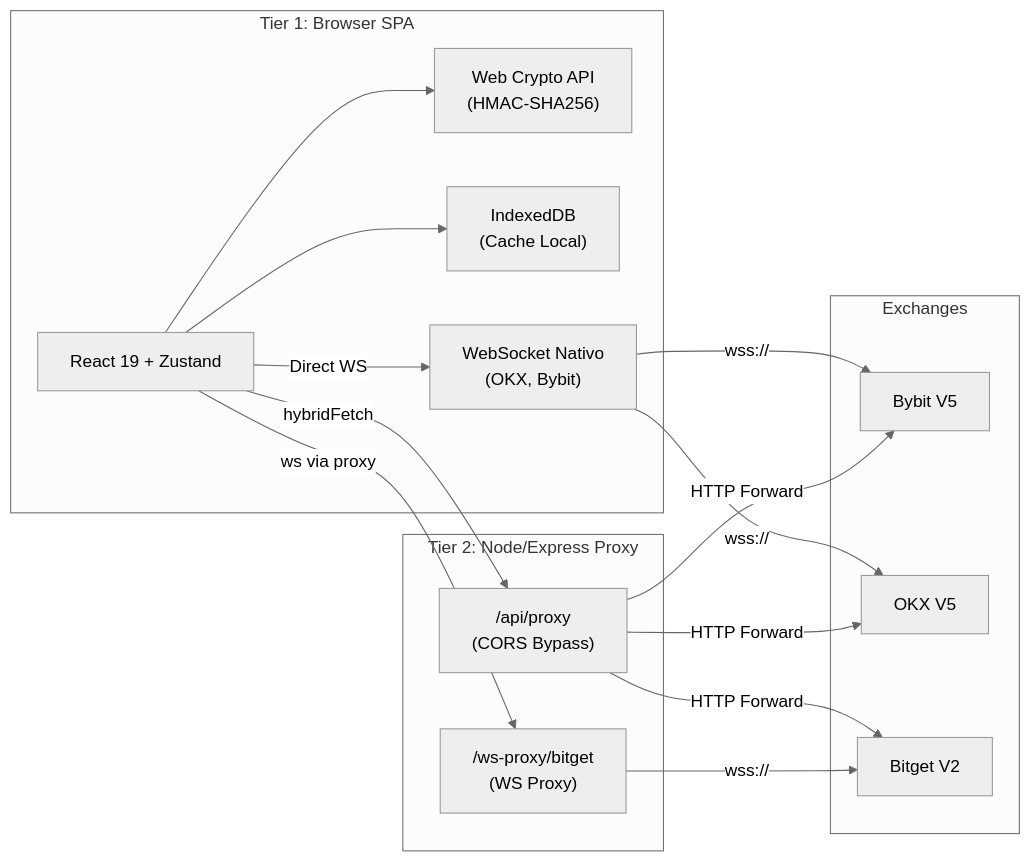
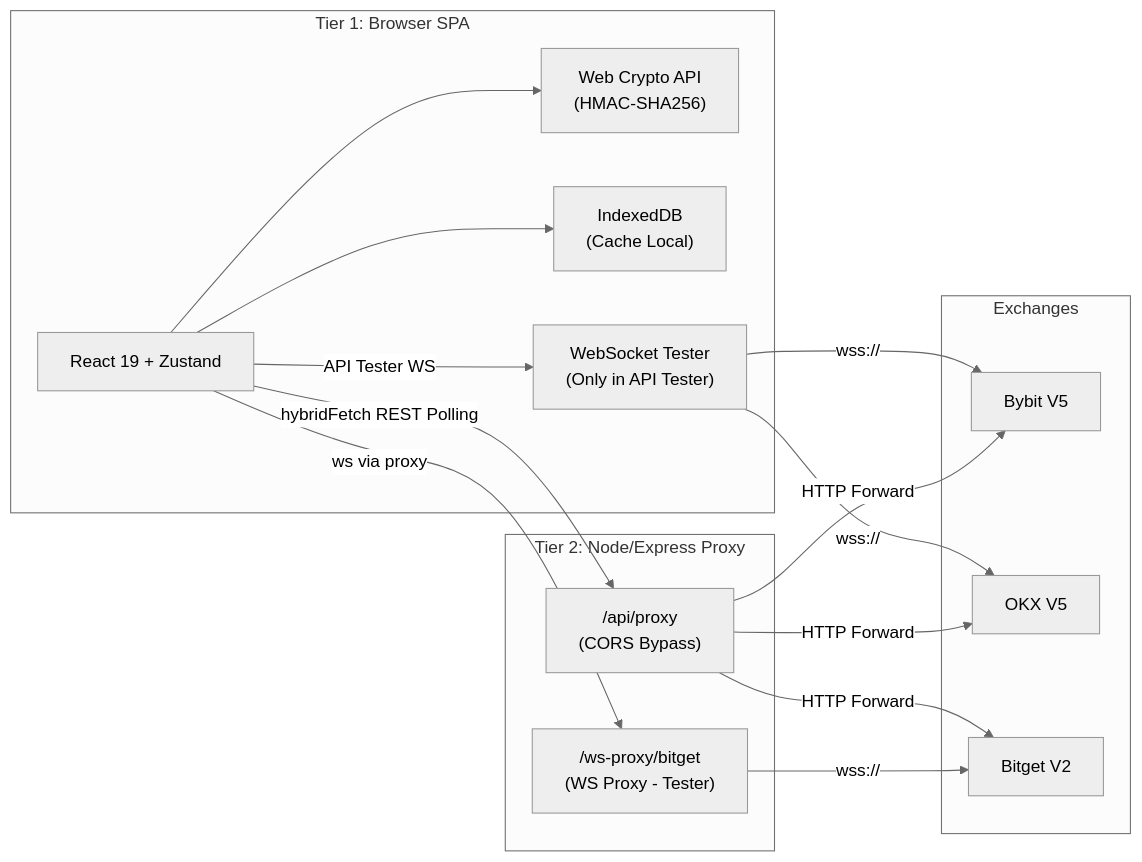
Before and after one commit to fapdev77/crypto-dashboard: the first of 2 diagrams in specs/walkthrough.md, drawn with Mermaid (neutral theme). The commit also changed other lines of this file and 3 other files, not shown here.

First line of the commit message:
refactor: switch from WebSocket streams to REST polling

````diff
--- a/specs/walkthrough.md
+++ b/specs/walkthrough.md
@@ -11,32 +11,32 @@
 ```mermaid
 graph LR
   subgraph Browser["Tier 1: Browser SPA"]
     UI["React 19 + Zustand"]
     WC["Web Crypto API<br/>(HMAC-SHA256)"]
     IDB["IndexedDB<br/>(Cache Local)"]
-    WSN["WebSocket Nativo<br/>(OKX, Bybit)"]
+    WSN["WebSocket Tester<br/>(Only in API Tester)"]
   end
 
   subgraph Proxy["Tier 2: Node/Express Proxy"]
     REST["/api/proxy<br/>(CORS Bypass)"]
-    WSP["/ws-proxy/bitget<br/>(WS Proxy)"]
+    WSP["/ws-proxy/bitget<br/>(WS Proxy - Tester)"]
   end
 
   subgraph Exchanges["Exchanges"]
     BYBIT["Bybit V5"]
     OKX["OKX V5"]
     BITGET["Bitget V2"]
   end
 
   UI --> WC
   UI --> IDB
-  UI -->|Direct WS| WSN
+  UI -->|API Tester WS| WSN
   WSN -->|wss://| OKX
   WSN -->|wss://| BYBIT
-  UI -->|hybridFetch| REST
+  UI -->|hybridFetch REST Polling| REST
   UI -->|ws via proxy| WSP
   REST -->|HTTP Forward| BYBIT
   REST -->|HTTP Forward| OKX
   REST -->|HTTP Forward| BITGET
   WSP -->|wss://| BITGET
 ```
````
